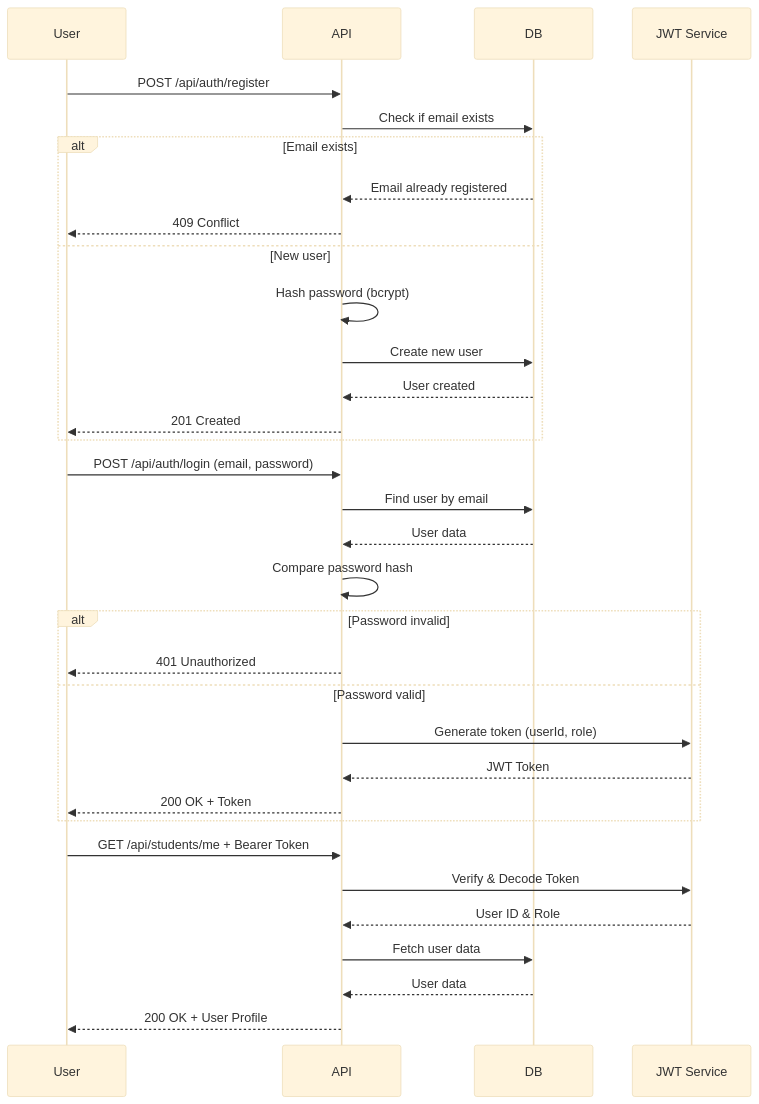
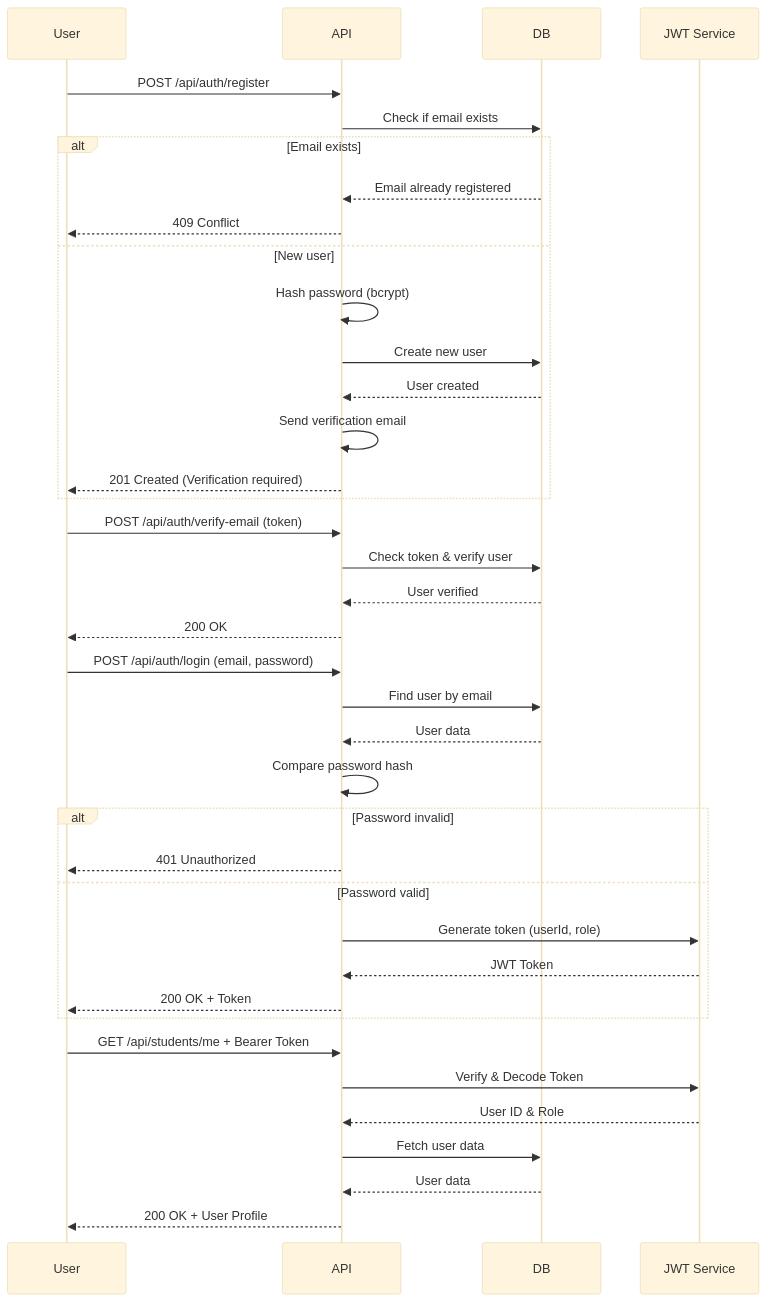
The fourth of 8 diagrams in backendreadme.md (myloo23/dual-kepzes-frontend), drawn with Mermaid (base theme) before and after one commit. The commit also changed other lines of this file and 10 other files, not shown here.

````diff
--- a/backendreadme.md
+++ b/backendreadme.md
@@ -255,40 +403,46 @@
 ```mermaid
 sequenceDiagram
     participant User
     participant API
     participant DB
     participant JWT as JWT Service
 
     User->>API: POST /api/auth/register
     API->>DB: Check if email exists
-    
+
     alt Email exists
         DB-->>API: Email already registered
         API-->>User: 409 Conflict
     else New user
         API->>API: Hash password (bcrypt)
         API->>DB: Create new user
         DB-->>API: User created
-        API-->>User: 201 Created
+        API->>API: Send verification email
+        API-->>User: 201 Created (Verification required)
     end
+
+    User->>API: POST /api/auth/verify-email (token)
+    API->>DB: Check token & verify user
+    DB-->>API: User verified
+    API-->>User: 200 OK
 
     User->>API: POST /api/auth/login (email, password)
     API->>DB: Find user by email
     DB-->>API: User data
     API->>API: Compare password hash
-    
+
     alt Password invalid
         API-->>User: 401 Unauthorized
     else Password valid
         API->>JWT: Generate token (userId, role)
         JWT-->>API: JWT Token
         API-->>User: 200 OK + Token
     end
 
     User->>API: GET /api/students/me + Bearer Token
     API->>JWT: Verify & Decode Token
     JWT-->>API: User ID & Role
     API->>DB: Fetch user data
     DB-->>API: User data
     API-->>User: 200 OK + User Profile
 ```
````
